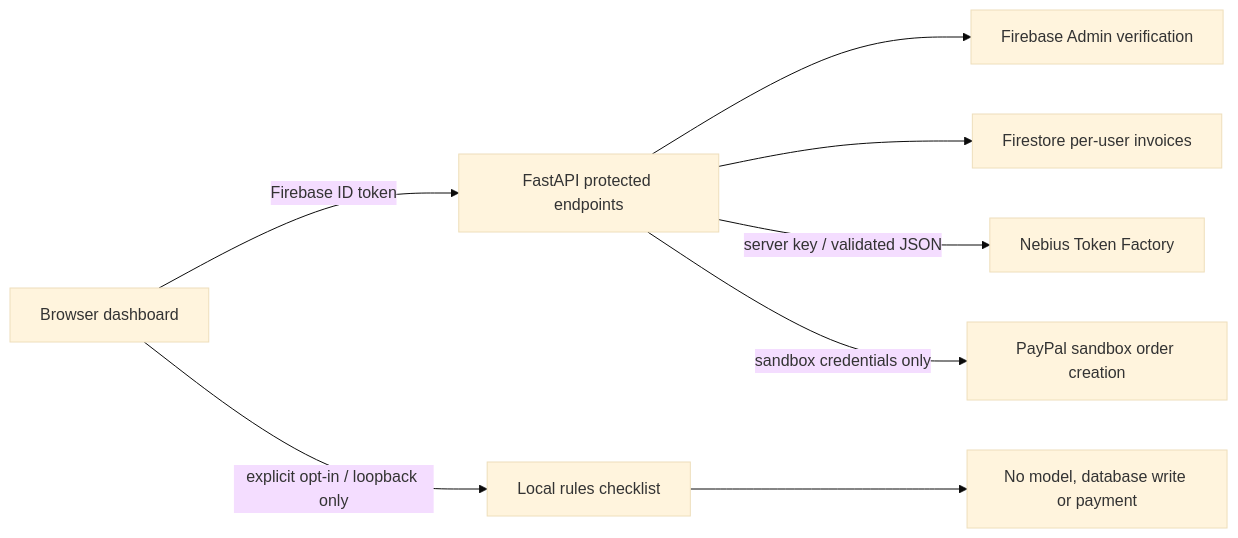
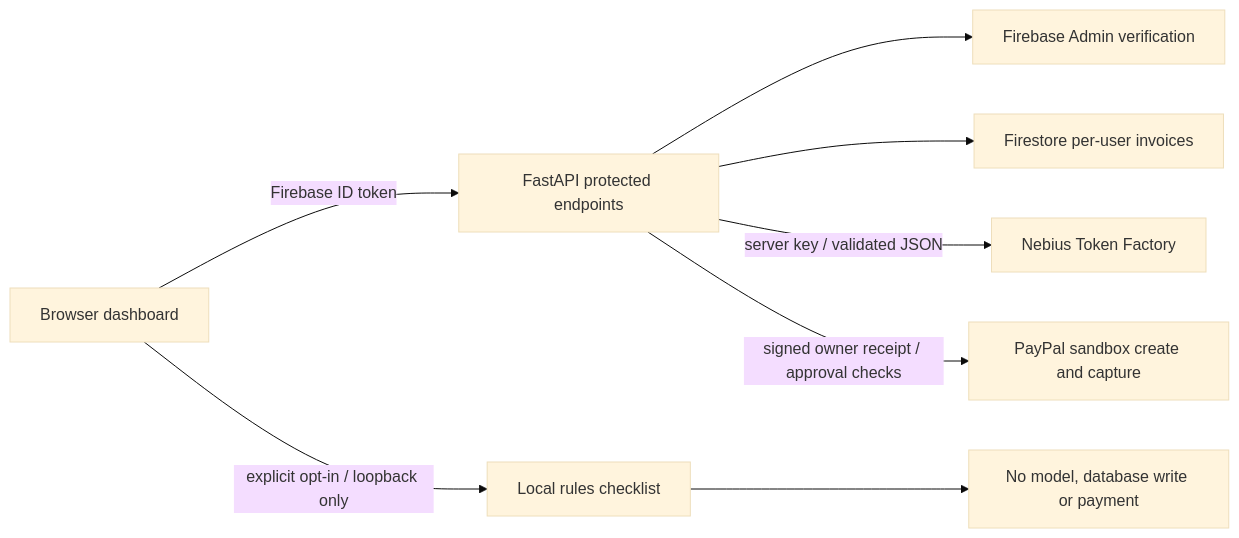
Before and after one commit to chrisndirangu54/pazalink-trade-desk: the diagram in docs/REVIEW_DEMO_VALIDATION.md, drawn with Mermaid (base theme). The commit also changed other lines of this file and 8 other files, not shown here.

Commit message:
Implement owner-bound PayPal sandbox approval and guarded capture

````diff
--- a/docs/REVIEW_DEMO_VALIDATION.md
+++ b/docs/REVIEW_DEMO_VALIDATION.md
@@ -13,10 +13,10 @@
 ```mermaid
 flowchart LR
   UI[Browser dashboard] -->|Firebase ID token| API[FastAPI protected endpoints]
   API --> Auth[Firebase Admin verification]
   API --> Store[Firestore per-user invoices]
   API -->|server key / validated JSON| Model[Nebius Token Factory]
-  API -->|sandbox credentials only| PayPal[PayPal sandbox order creation]
+  API -->|signed owner receipt / approval checks| PayPal[PayPal sandbox create and capture]
   UI -->|explicit opt-in / loopback only| Demo[Local rules checklist]
   Demo --> NoSideEffects[No model, database write or payment]
 ```
````
